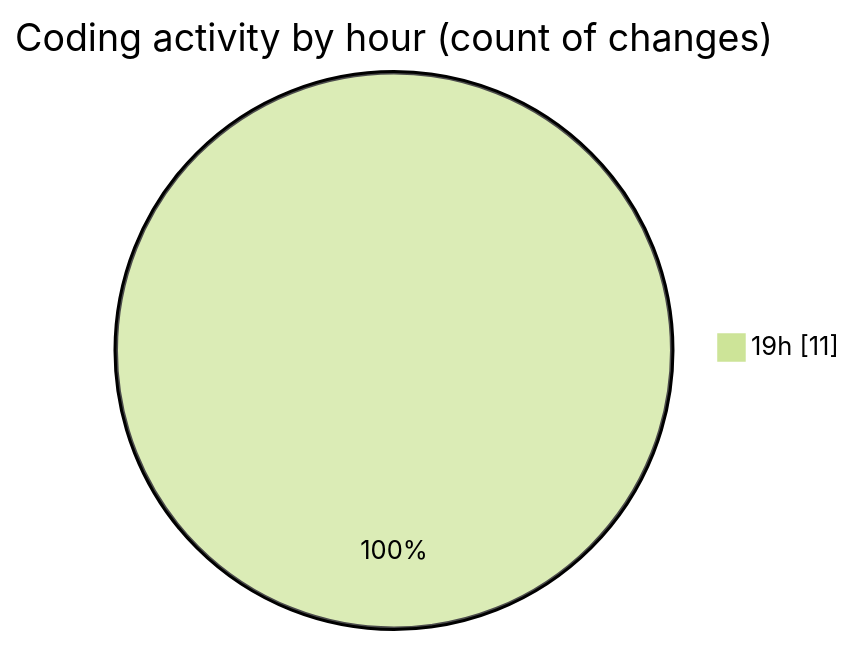
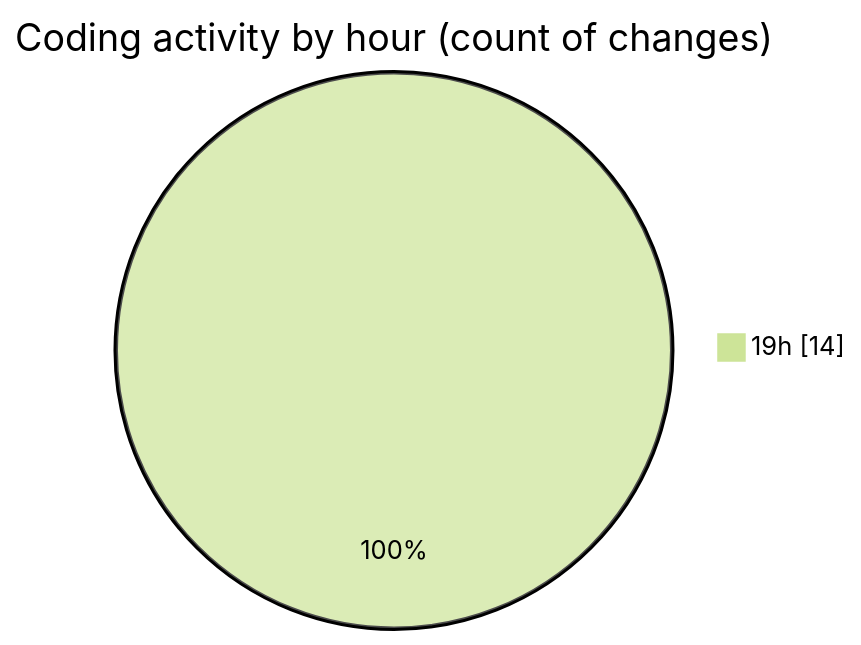
Before and after one commit to nxtqubesakshisongat/code-tracking: the second of 2 diagrams in 2026-08-13/nxtqube_webapp/README.md, drawn with Mermaid (forest theme). The commit also changed other lines of this file and 1 other file, not shown here.

````diff
--- a/2026-08-13/nxtqube_webapp/README.md
+++ b/2026-08-13/nxtqube_webapp/README.md
@@ -31,5 +32,5 @@
 ```mermaid
 pie showData
 title Coding activity by hour (count of changes)
-"19h" : 11
+"19h" : 14
 ```
````
